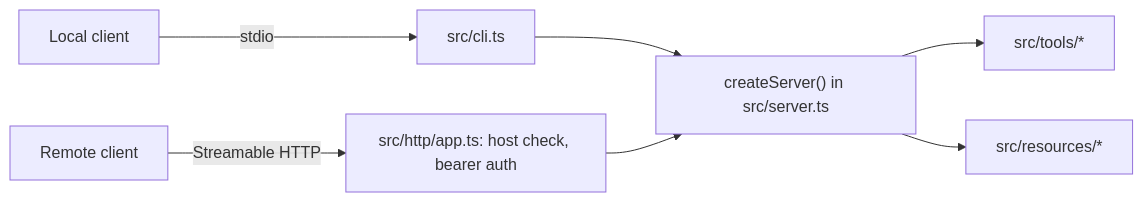
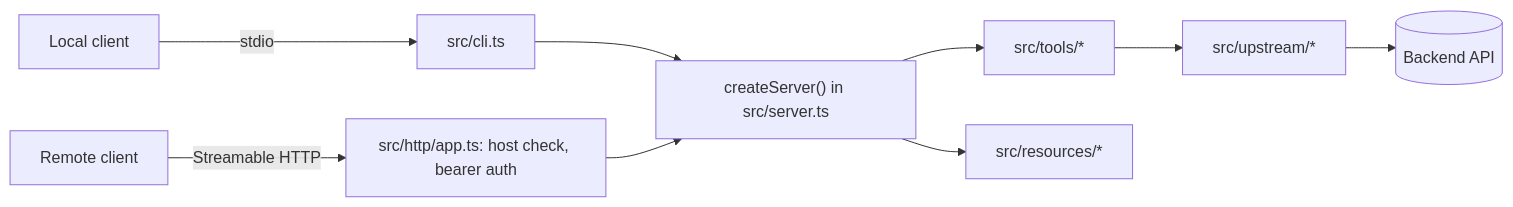
The diagram in docs/architecture.md (opikdev/mcp-server-ts-starter), drawn with Mermaid before and after one commit. The commit also changed other lines of this file and 3 other files, not shown here.

Commit message:
docs: document connecting a backend API

````diff
--- a/docs/architecture.md
+++ b/docs/architecture.md
@@ -3,9 +3,10 @@
 ```mermaid
 flowchart LR
   L[Local client] -->|stdio| CLI["src/cli.ts"]
   R[Remote client] -->|Streamable HTTP| H["src/http/app.ts: host check, bearer auth"]
   CLI --> F["createServer() in src/server.ts"]
   H --> F
   F --> T["src/tools/*"]
   F --> D["src/resources/*"]
+  T --> U["src/upstream/*"] --> B[(Backend API)]
 ```
````
